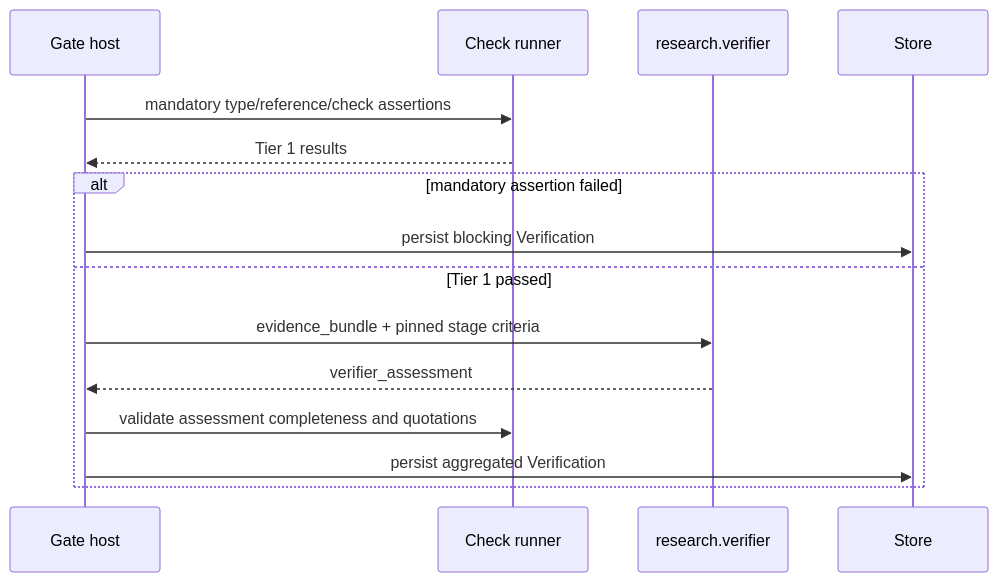
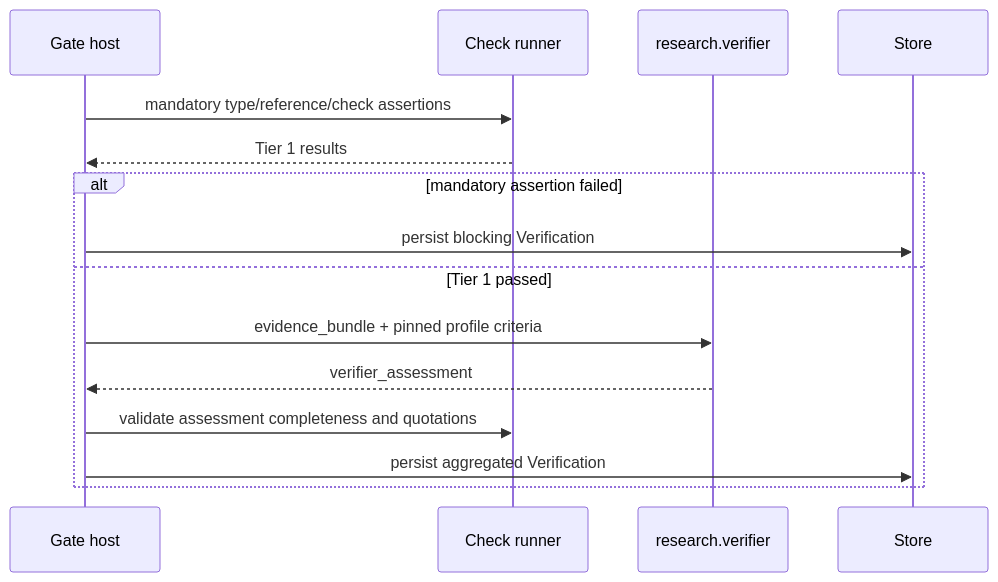
The diagram in docs/architecture/capsule/gate-capsules.md (Stellven/jiuwenswarm), drawn with Mermaid before and after one commit. The commit also changed other lines of this file and 324 other files, not shown here.

First line of the commit message:
Reorganize architecture library into one thin, current M1 design

````diff
--- a/docs/architecture/capsule/gate-capsules.md
+++ b/docs/architecture/capsule/gate-capsules.md
@@ -51,17 +59,17 @@
 ```mermaid
 sequenceDiagram
     participant H as Gate host
     participant R as Check runner
     participant V as research.verifier
     participant S as Store
     H->>R: mandatory type/reference/check assertions
     R-->>H: Tier 1 results
     alt mandatory assertion failed
         H->>S: persist blocking Verification
     else Tier 1 passed
-        H->>V: evidence_bundle + pinned stage criteria
+        H->>V: evidence_bundle + pinned profile criteria
         V-->>H: verifier_assessment
         H->>R: validate assessment completeness and quotations
         H->>S: persist aggregated Verification
     end
 ```
````
